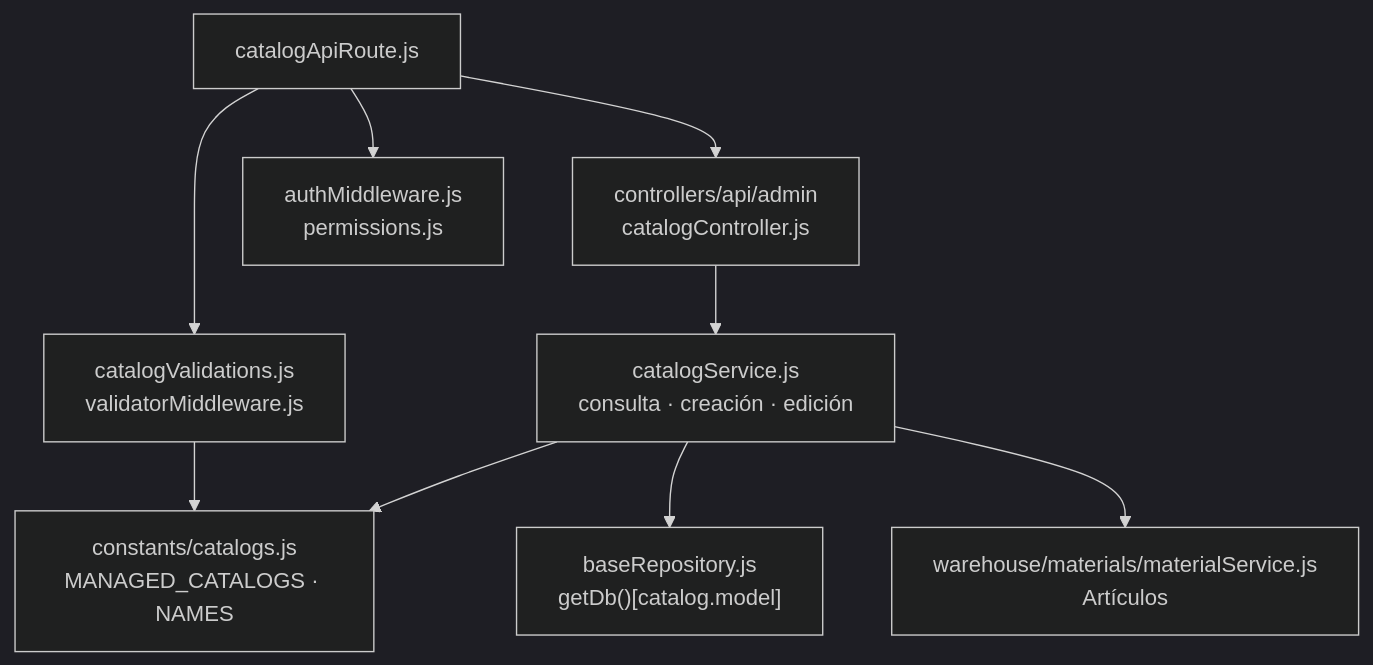
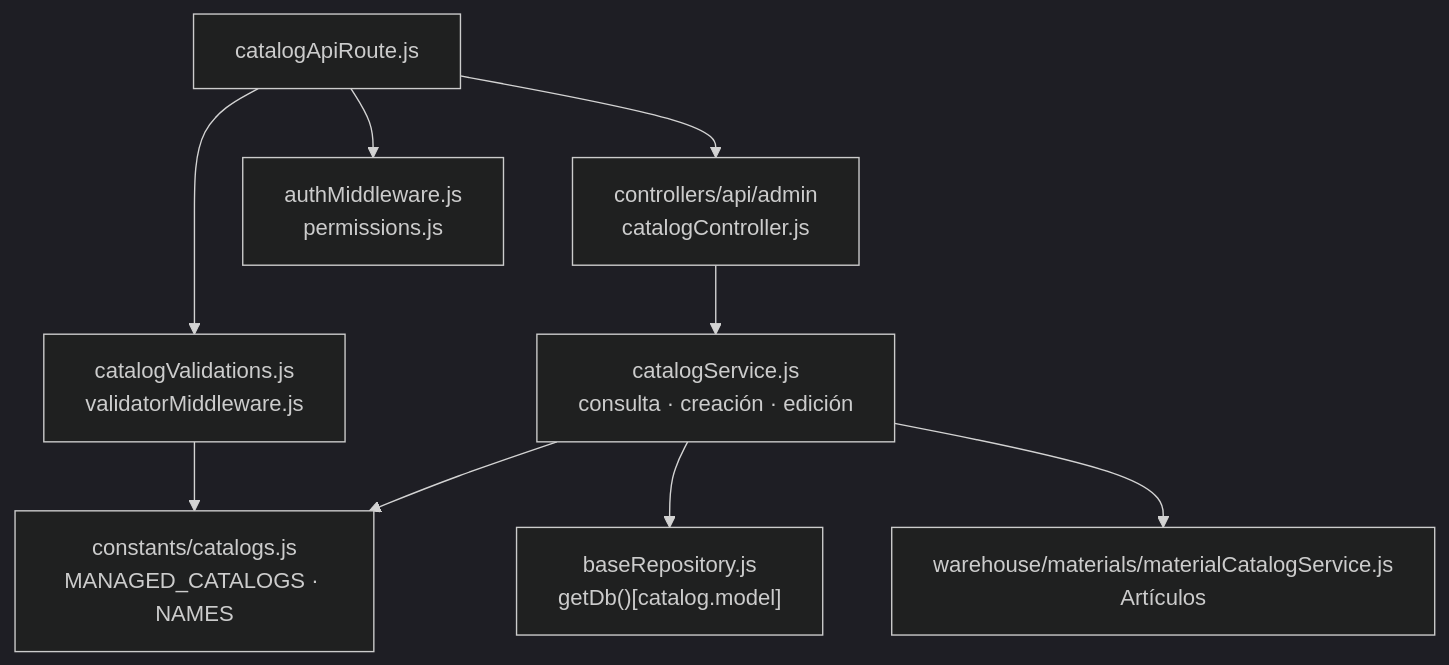
The diagram in back/docs/architecture/views/development/backend-technical-documentation/16-catalogs-code.md (gpgsistemas01/nexus), drawn with Mermaid (dark theme) before and after one commit. The commit also changed other lines of this file and 119 other files, not shown here.

````diff
--- a/back/docs/architecture/views/development/backend-technical-documentation/16-catalogs-code.md
+++ b/back/docs/architecture/views/development/backend-technical-documentation/16-catalogs-code.md
@@ -18,11 +18,11 @@
 ```mermaid
 flowchart TB
     api["catalogApiRoute.js"] --> controller["controllers/api/admin<br/>catalogController.js"]
     api --> auth["authMiddleware.js<br/>permissions.js"]
     api --> validators["catalogValidations.js<br/>validatorMiddleware.js"]
     controller --> service["catalogService.js<br/>consulta · creación · edición"]
     validators --> registry["constants/catalogs.js<br/>MANAGED_CATALOGS · NAMES"]
     service --> registry
     service --> db["baseRepository.js<br/>getDb()[catalog.model]"]
-    service --> material["warehouse/materials/materialService.js<br/>Artículos"]
+    service --> material["warehouse/materials/materialCatalogService.js<br/>Artículos"]
 ```
````
